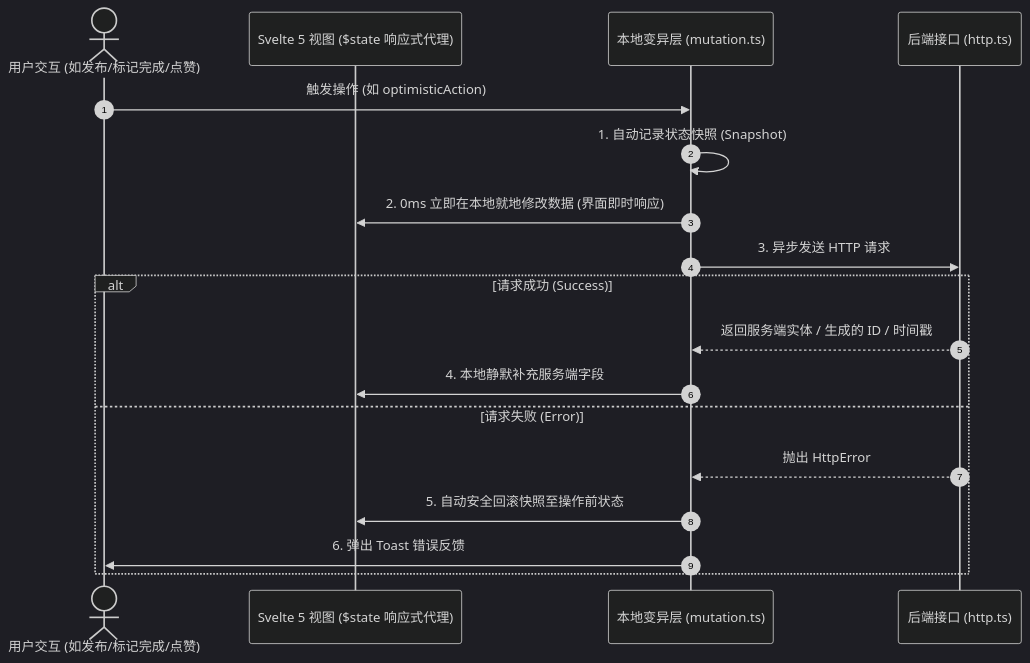
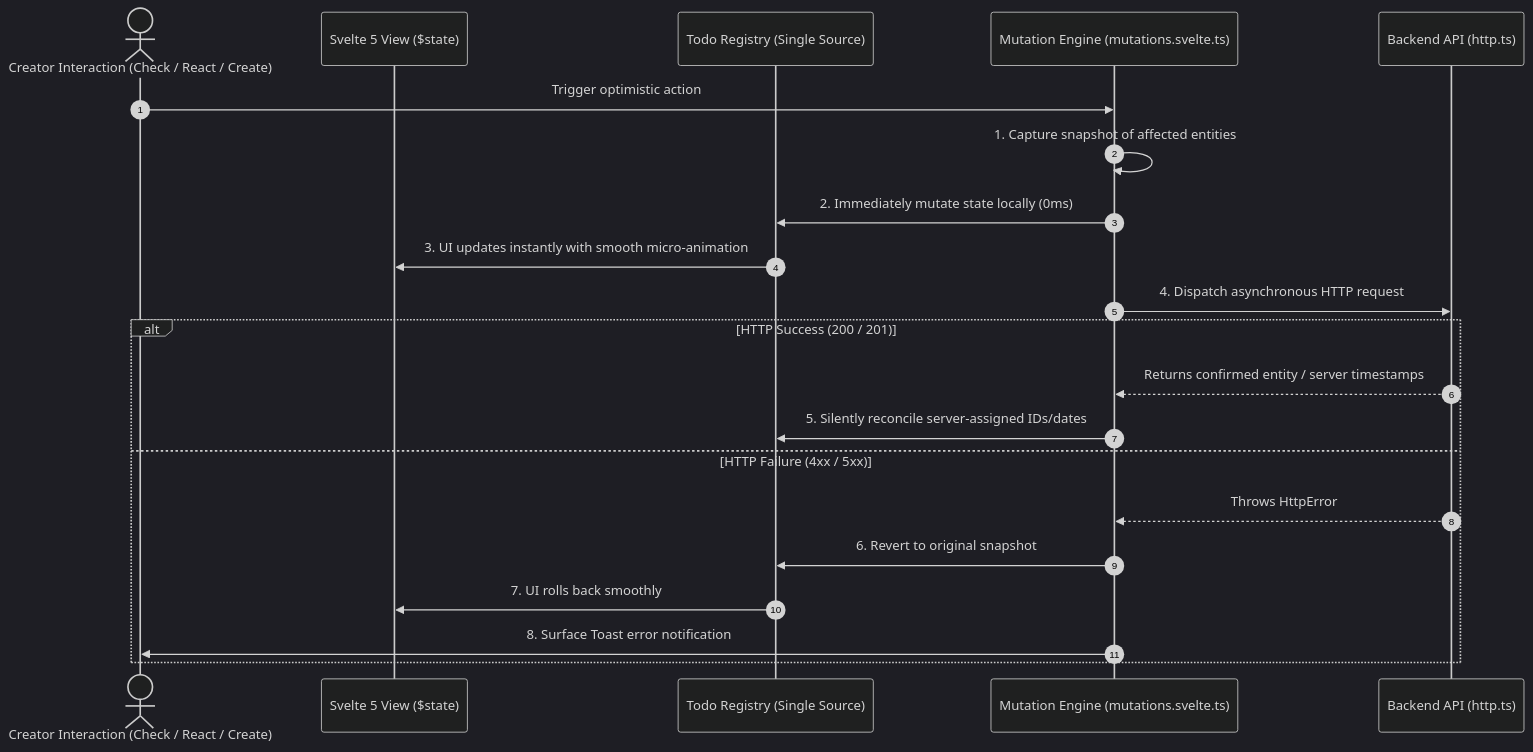
The diagram in docs/frontend-architecture.md (showtodohq/showtodo), drawn with Mermaid (dark theme) before and after one commit. The commit also changed other lines of this file and 4 other files, not shown here.

First line of the commit message:
docs: rewrite all documentation in English and align with ShowTodo platform architecture

````diff
--- a/docs/frontend-architecture.md
+++ b/docs/frontend-architecture.md
@@ -108,21 +126,24 @@
 ```mermaid
 sequenceDiagram
     autonumber
-    actor User as 用户交互 (如发布/标记完成/点赞)
-    participant UI as Svelte 5 视图 ($state 响应式代理)
-    participant Mut as 本地变异层 (mutation.ts)
-    participant API as 后端接口 (http.ts)
-    
-    User->>Mut: 触发操作 (如 optimisticAction)
-    Mut->>Mut: 1. 自动记录状态快照 (Snapshot)
-    Mut->>UI: 2. 0ms 立即在本地就地修改数据 (界面即时响应)
-    Mut->>API: 3. 异步发送 HTTP 请求
-    alt 请求成功 (Success)
-        API-->>Mut: 返回服务端实体 / 生成的 ID / 时间戳
-        Mut->>UI: 4. 本地静默补充服务端字段
-    else 请求失败 (Error)
-        API-->>Mut: 抛出 HttpError
-        Mut->>UI: 5. 自动安全回滚快照至操作前状态
-        Mut->>User: 6. 弹出 Toast 错误反馈
+    actor User as Creator Interaction (Check / React / Create)
+    participant UI as Svelte 5 View ($state)
+    participant Reg as Todo Registry (Single Source)
+    participant Mut as Mutation Engine (mutations.svelte.ts)
+    participant API as Backend API (http.ts)
+
+    User->>Mut: Trigger optimistic action
+    Mut->>Mut: 1. Capture snapshot of affected entities
+    Mut->>Reg: 2. Immediately mutate state locally (0ms)
+    Reg->>UI: 3. UI updates instantly with smooth micro-animation
+    Mut->>API: 4. Dispatch asynchronous HTTP request
+    alt HTTP Success (200 / 201)
+        API-->>Mut: Returns confirmed entity / server timestamps
+        Mut->>Reg: 5. Silently reconcile server-assigned IDs/dates
+    else HTTP Failure (4xx / 5xx)
+        API-->>Mut: Throws HttpError
+        Mut->>Reg: 6. Revert to original snapshot
+        Reg->>UI: 7. UI rolls back smoothly
+        Mut->>User: 8. Surface Toast error notification
     end
 ```
````
